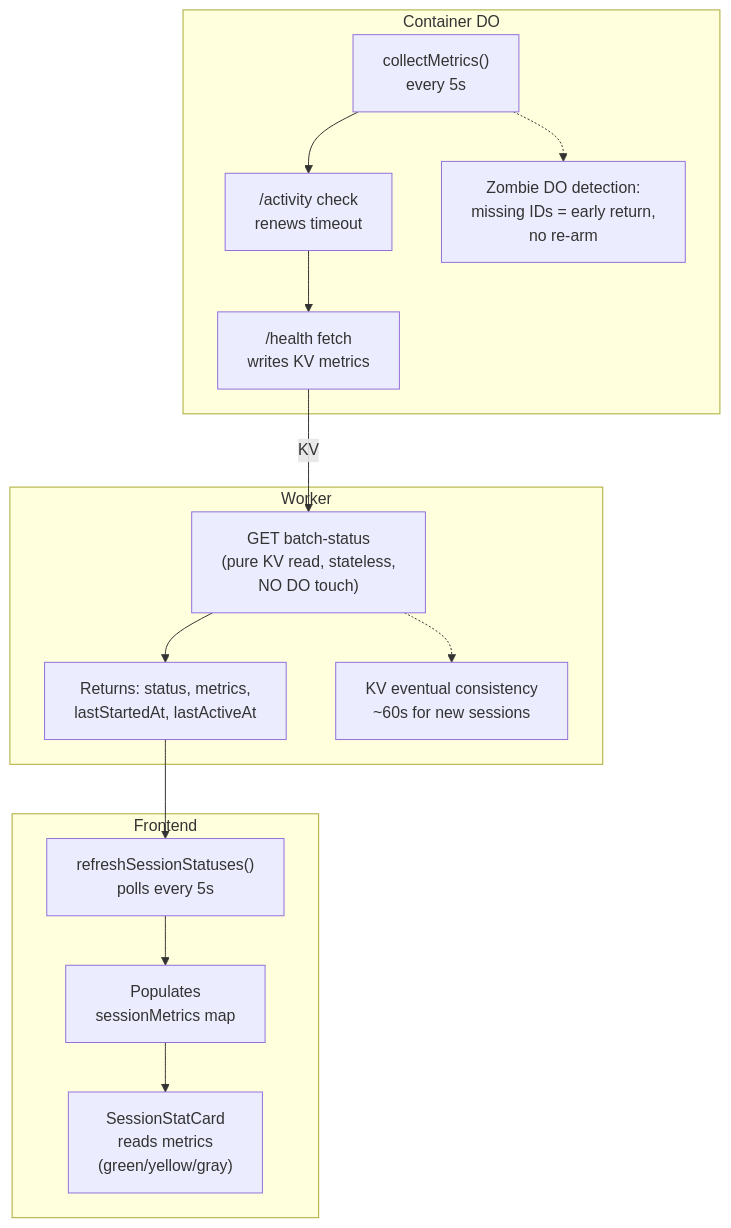
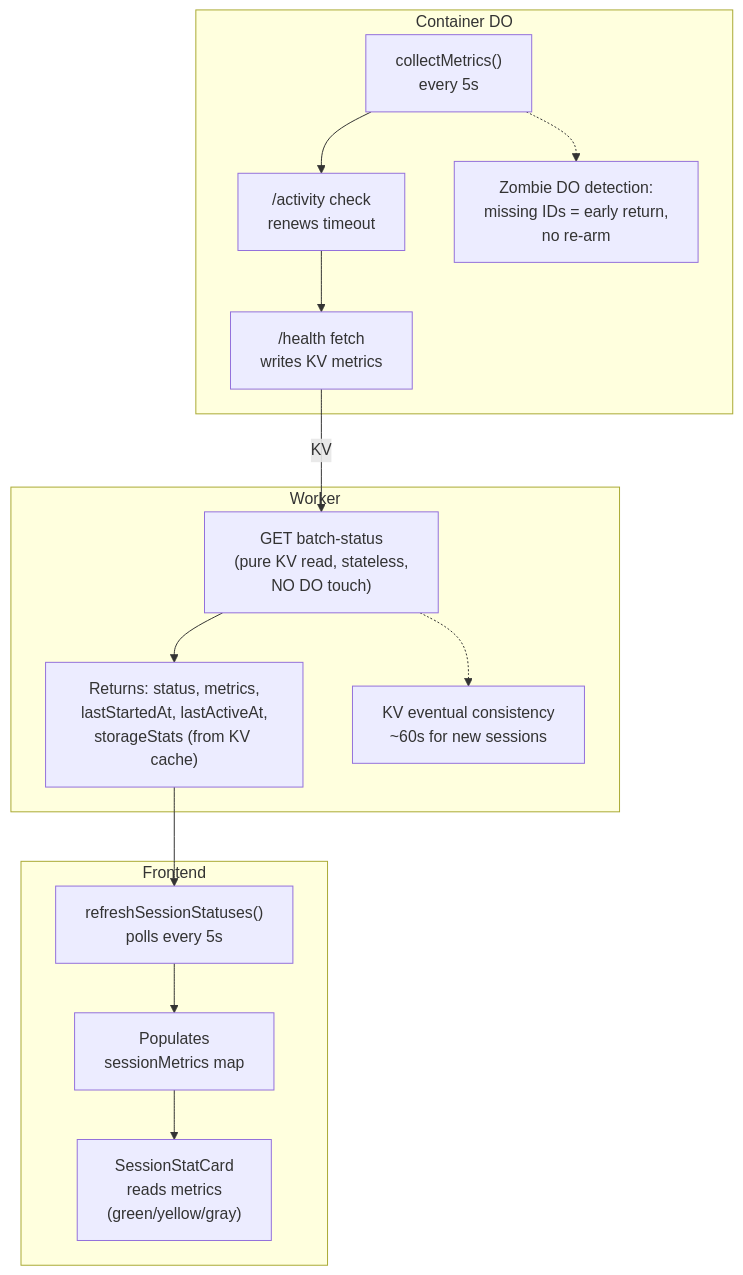
The tenth of 12 diagrams in TECHNICAL.md (nikolanovoselec/codeflare), drawn with Mermaid before and after one commit. The commit also changed other lines of this file and 6 other files, not shown here.

Commit message:
test: add TDD coverage for storage stats batch-status polling

````diff
--- a/TECHNICAL.md
+++ b/TECHNICAL.md
@@ -403,29 +403,29 @@
 ```mermaid
 flowchart TD
     subgraph ContainerDO["Container DO"]
         A1["collectMetrics()<br/>every 5s"]
         A2["/activity check<br/>renews timeout"]
         A3["/health fetch<br/>writes KV metrics"]
         A4["Zombie DO detection:<br/>missing IDs = early return,<br/>no re-arm"]
         A1 --> A2 --> A3
         A1 -.-> A4
     end
 
     subgraph Worker["Worker"]
         B1["GET batch-status<br/>(pure KV read, stateless,<br/>NO DO touch)"]
-        B2["Returns: status, metrics,<br/>lastStartedAt, lastActiveAt"]
+        B2["Returns: status, metrics,<br/>lastStartedAt, lastActiveAt,<br/>storageStats (from KV cache)"]
         B3["KV eventual consistency<br/>~60s for new sessions"]
         B1 --> B2
         B1 -.-> B3
     end
 
     subgraph Frontend["Frontend"]
         C1["refreshSessionStatuses()<br/>polls every 5s"]
         C2["Populates<br/>sessionMetrics map"]
         C3["SessionStatCard<br/>reads metrics<br/>(green/yellow/gray)"]
         C1 --> C2 --> C3
     end
 
     A3 -->|KV| B1
     B2 --> C1
 ```
````
